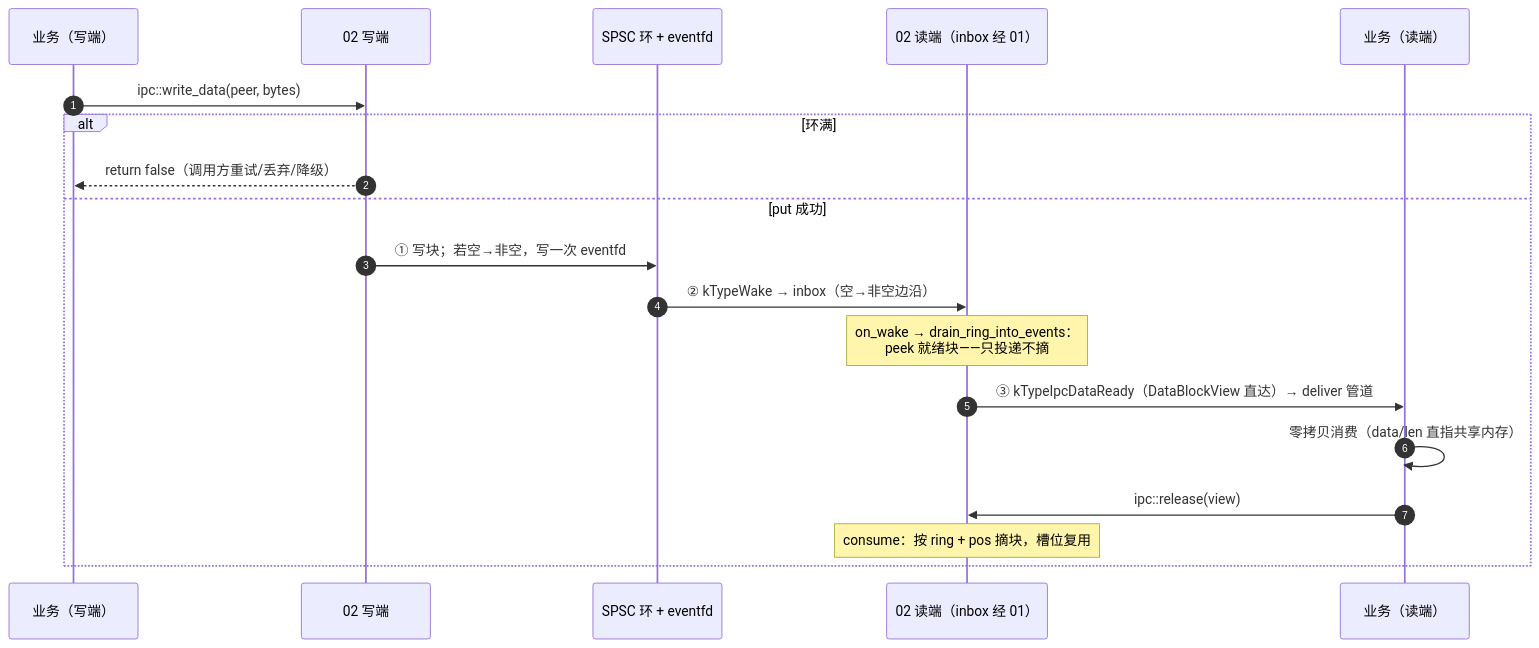
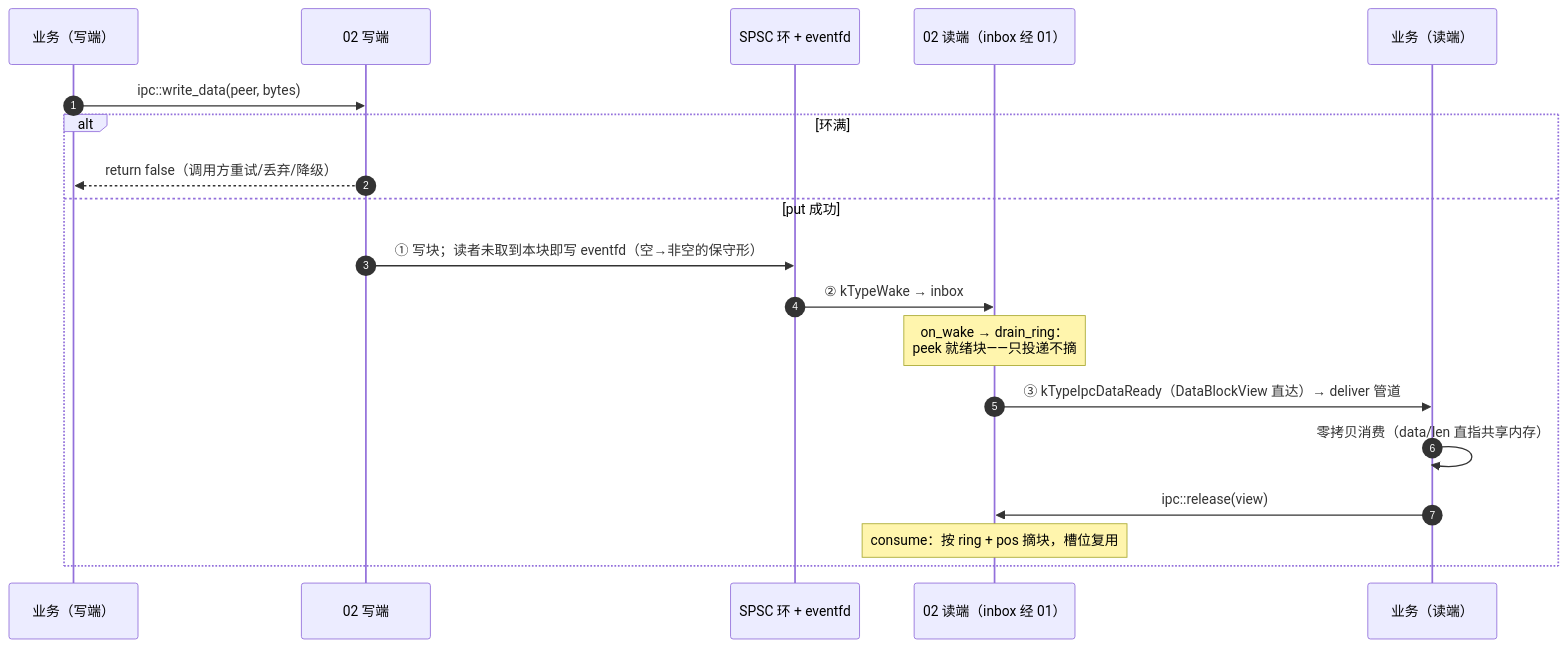
Before and after one commit to hihfe/smartdoll: the second of 3 diagrams in doc/modules/02-ipc.md, drawn with Mermaid. The commit also changed other lines of this file and 8 other files, not shown here.

````diff
--- a/doc/modules/02-ipc.md
+++ b/doc/modules/02-ipc.md
@@ -276,22 +329,22 @@
 ```mermaid
 sequenceDiagram
     autonumber
     participant WB as 业务（写端）
     participant W02 as 02 写端
     participant R as SPSC 环 + eventfd
     participant D02 as 02 读端（inbox 经 01）
     participant RB as 业务（读端）
 
     WB->>W02: ipc::write_data(peer, bytes)
     alt 环满
         W02-->>WB: return false（调用方重试/丢弃/降级）
     else put 成功
-        W02->>R: ① 写块；若空→非空，写一次 eventfd
-        R->>D02: ② kTypeWake → inbox（空→非空边沿）
-        Note over D02: on_wake → drain_ring_into_events：<br/>peek 就绪块——只投递不摘
+        W02->>R: ① 写块；读者未取到本块即写 eventfd（空→非空的保守形）
+        R->>D02: ② kTypeWake → inbox
+        Note over D02: on_wake → drain_ring：<br/>peek 就绪块——只投递不摘
         D02->>RB: ③ kTypeIpcDataReady（DataBlockView 直达）→ deliver 管道
         RB->>RB: 零拷贝消费（data/len 直指共享内存）
         RB->>D02: ipc::release(view)
         Note over D02: consume：按 ring + pos 摘块，槽位复用
     end
 ```
````
